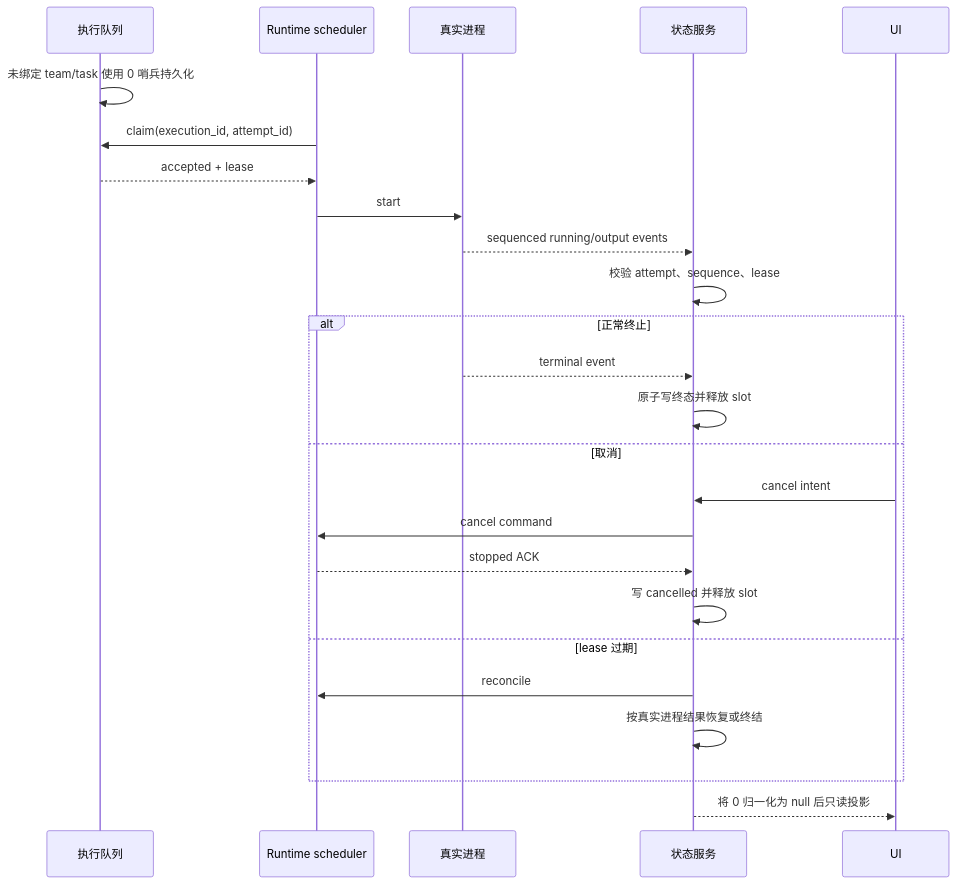
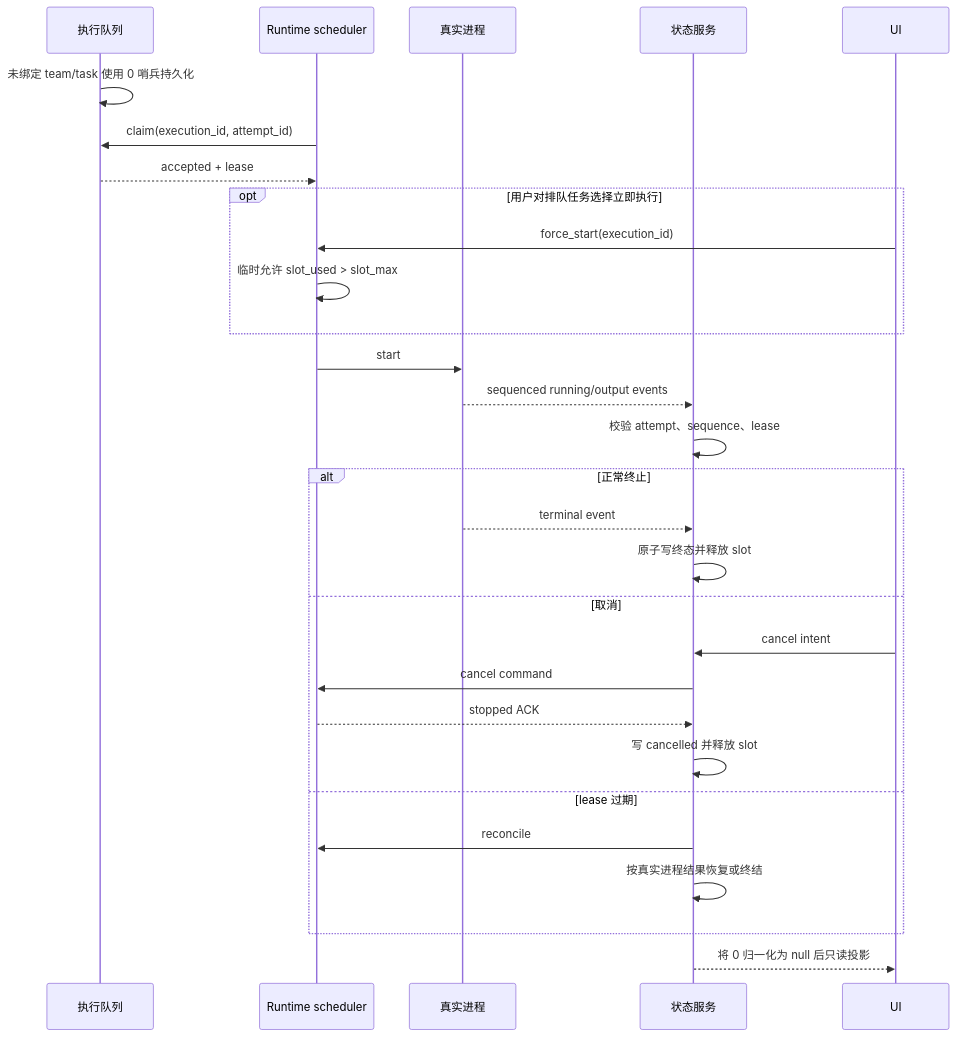
Before and after one commit to wecode-ai/Wegent: the second of 2 diagrams in docs/zh/architecture/project-execution-state.md, drawn with Mermaid. The commit also changed other lines of this file and 8 other files, not shown here.

````diff
--- a/docs/zh/architecture/project-execution-state.md
+++ b/docs/zh/architecture/project-execution-state.md
@@ -25,28 +26,32 @@
 ```mermaid
 sequenceDiagram
     participant Q as 执行队列
     participant R as Runtime scheduler
     participant P as 真实进程
     participant S as 状态服务
     participant U as UI
 
     Q->>Q: 未绑定 team/task 使用 0 哨兵持久化
     R->>Q: claim(execution_id, attempt_id)
     Q-->>R: accepted + lease
+    opt 用户对排队任务选择立即执行
+        U->>R: force_start(execution_id)
+        R->>R: 临时允许 slot_used > slot_max
+    end
     R->>P: start
     P-->>S: sequenced running/output events
     S->>S: 校验 attempt、sequence、lease
     alt 正常终止
         P-->>S: terminal event
         S->>S: 原子写终态并释放 slot
     else 取消
         U->>S: cancel intent
         S->>R: cancel command
         R-->>S: stopped ACK
         S->>S: 写 cancelled 并释放 slot
     else lease 过期
         S->>R: reconcile
         S->>S: 按真实进程结果恢复或终结
     end
     S-->>U: 将 0 归一化为 null 后只读投影
 ```
````
